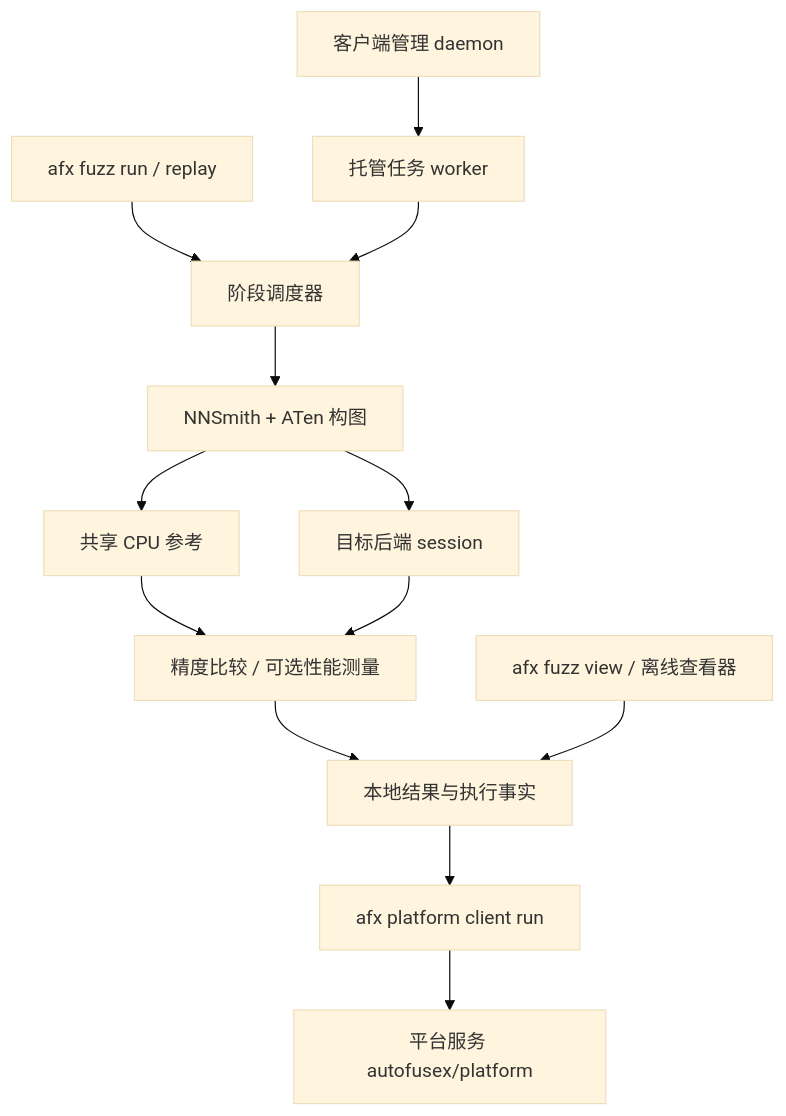
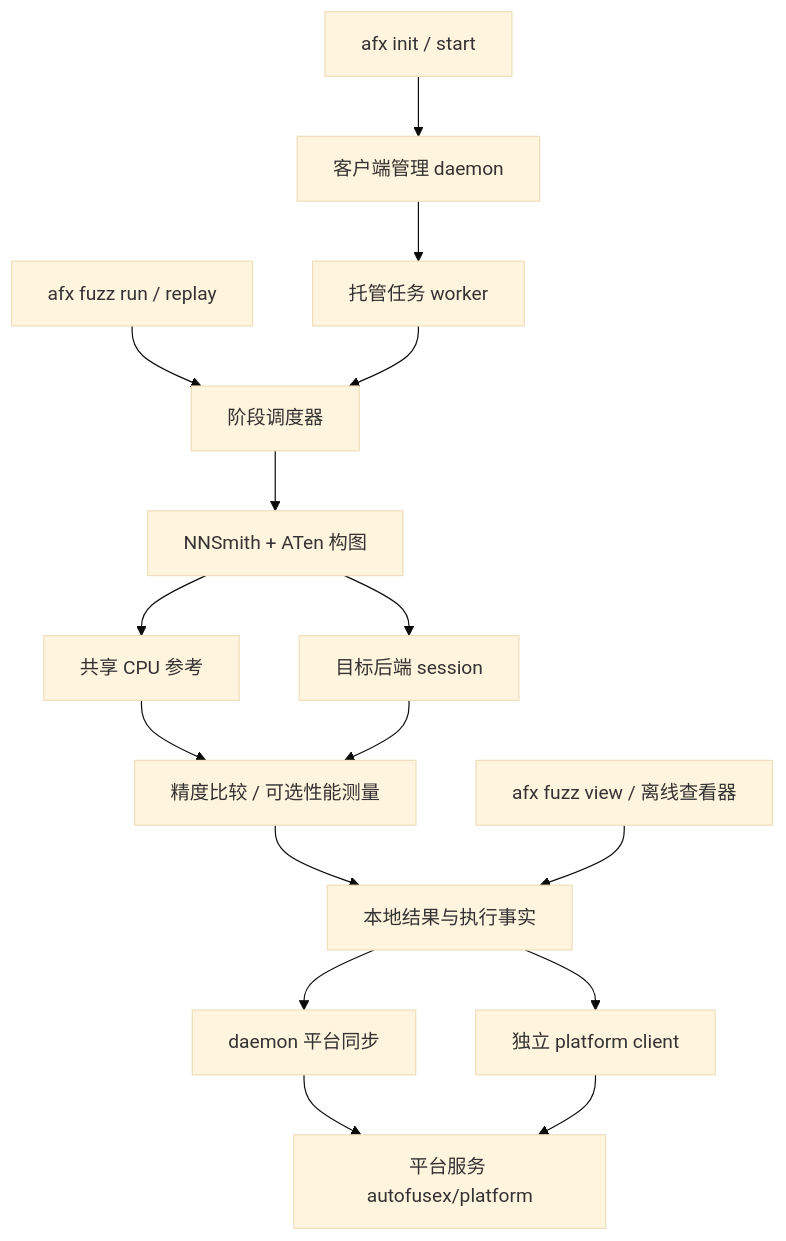
The diagram in docs/fuzz/fuzz_design.md (Intmanxzx/afx), drawn with Mermaid (base theme) before and after one commit. The commit also changed other lines of this file and 20 other files, not shown here.

```diff
--- a/docs/fuzz/fuzz_design.md
+++ b/docs/fuzz/fuzz_design.md
@@ -18,15 +18,18 @@
 ~~~mermaid
 flowchart TD
     CLI[afx fuzz run / replay] --> Engine[阶段调度器]
-    Manager[客户端管理 daemon] --> Run[托管任务 worker]
+    Entry[afx init / start] --> Manager[客户端管理 daemon]
+    Manager --> Run[托管任务 worker]
     Run --> Engine
     Engine --> Gen[NNSmith + ATen 构图]
     Gen --> CPU[共享 CPU 参考]
     Gen --> NPU[目标后端 session]
     CPU --> Compare[精度比较 / 可选性能测量]
     NPU --> Compare
     Compare --> DB[本地结果与执行事实]
-    DB --> PlatformClient[afx platform client run]
+    DB --> Sync[daemon 平台同步]
+    Sync --> Platform[平台服务 autofusex/platform]
+    DB --> PlatformClient[独立 platform client]
     PlatformClient --> Platform[平台服务 autofusex/platform]
     View[afx fuzz view / 离线查看器] --> DB
 ~~~
```
